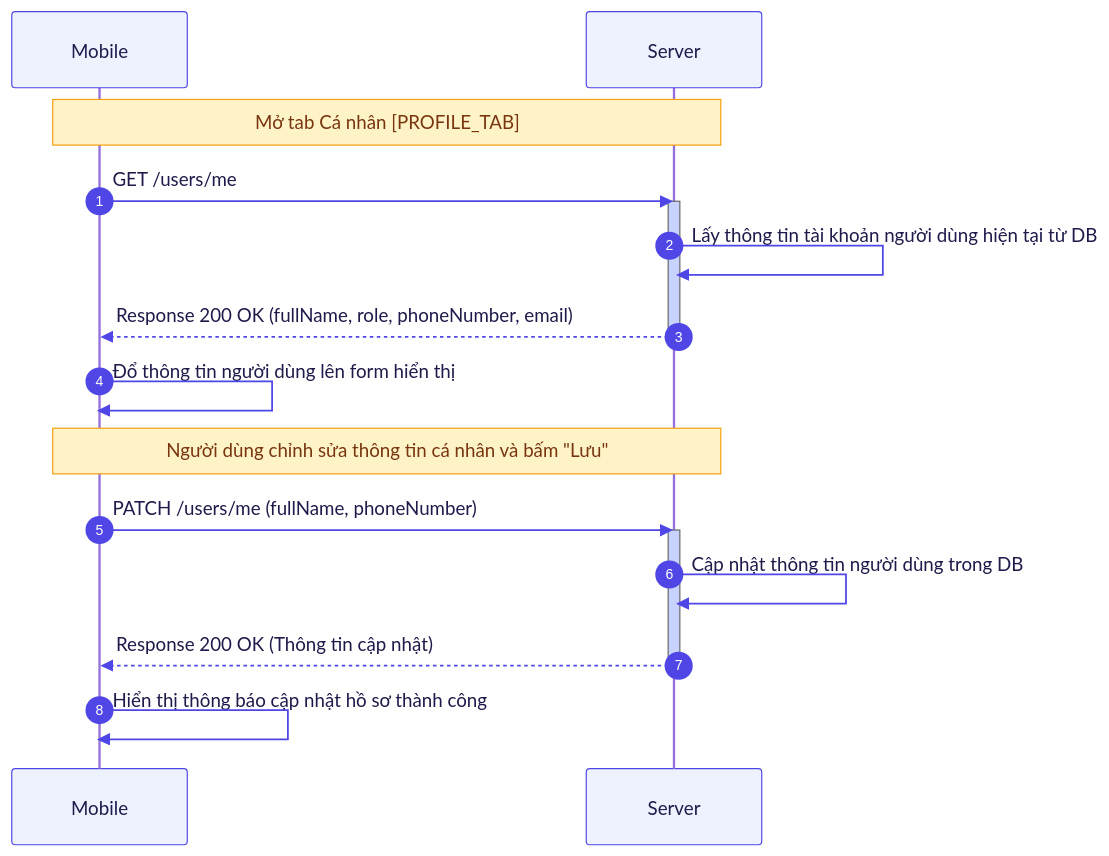
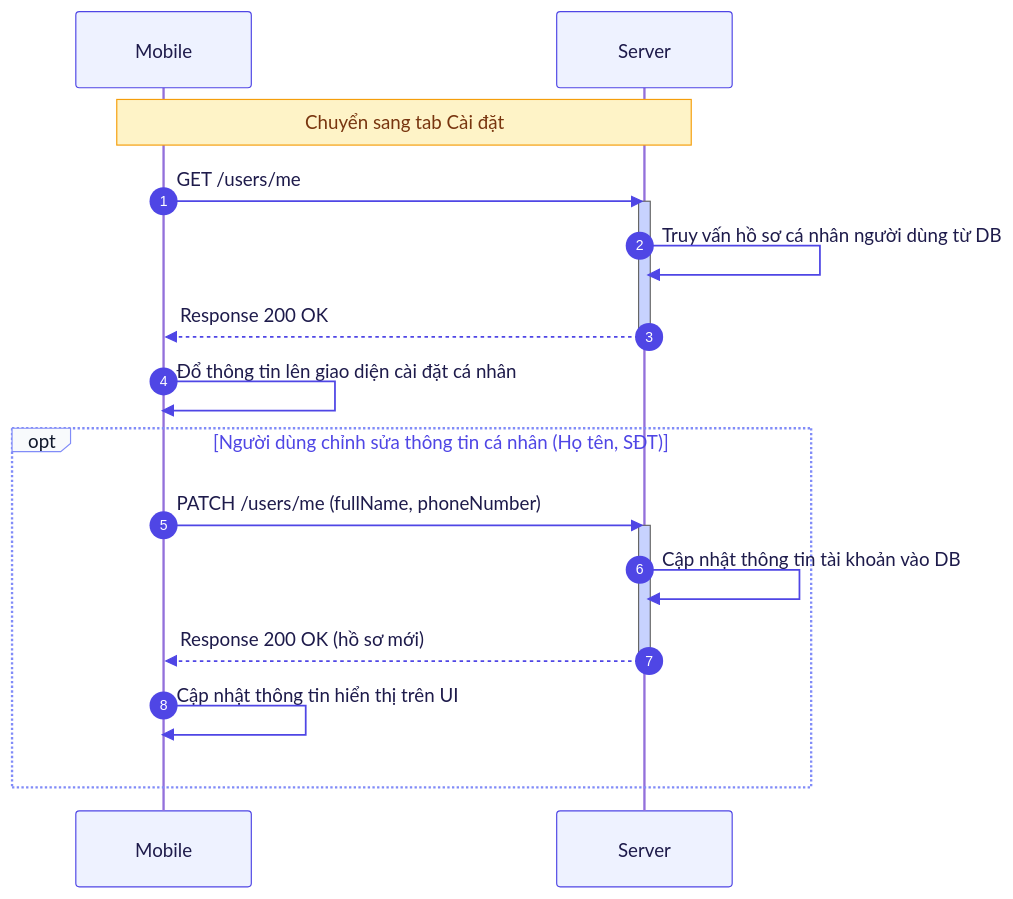
Before and after one commit to trungnguyenthien/Wildlife-Warning-and-Deterrence-System: the sixth of 12 diagrams in docs/on-tap-he-thong.md, drawn with Mermaid. The commit also changed other lines of this file, not shown here.

````diff
--- a/docs/on-tap-he-thong.md
+++ b/docs/on-tap-he-thong.md
@@ -340,52 +349,53 @@
 ```mermaid
 %%{init: {
   'theme': 'default',
   'sequence': {
     'rightAngles': true,
     'messageAlign': 'left',
     'messageMargin': 40,
     'actorMargin': 80
   },
   'themeVariables': {
     'primaryColor': '#EEF2FF',
     'primaryTextColor': '#1E1B4B',
     'primaryBorderColor': '#6366F1',
     'lineColor': '#4F46E5',
     'secondaryColor': '#F0FDFA',
     'actorBkg': '#EEF2FF',
     'actorBorder': '#4F46E5',
     'actorTextColor': '#1E1B4B',
     'signalColor': '#4F46E5',
     'signalTextColor': '#1E1B4B',
     'labelBoxBkgColor': '#F8FAFC',
     'labelBoxBorderColor': '#818CF8',
     'labelTextColor': '#0F172A',
     'loopTextColor': '#4F46E5',
     'noteBkgColor': '#FEF3C7',
     'noteTextColor': '#78350F',
     'noteBorderColor': '#F59E0B',
     'activationBkgColor': '#C7D2FE',
     'sequenceNumberColor': '#FFFFFF'
   }
 }}%%
 sequenceDiagram
     autonumber
     participant Mobile as Mobile
     participant Server as Server
 
-    Note over Mobile, Server: Mở tab Cá nhân [PROFILE_TAB]
+    Note over Mobile, Server: Chuyển sang tab Cài đặt
     Mobile->>Server: GET /users/me
     activate Server
-    Server->>Server: Lấy thông tin tài khoản người dùng hiện tại từ DB
-    Server-->>Mobile: Response 200 OK (fullName, role, phoneNumber, email)
+    Server->>Server: Truy vấn hồ sơ cá nhân người dùng từ DB
+    Server-->>Mobile: Response 200 OK
     deactivate Server
-    Mobile->>Mobile: Đổ thông tin người dùng lên form hiển thị
+    Mobile->>Mobile: Đổ thông tin lên giao diện cài đặt cá nhân
 
-    Note over Mobile, Server: Người dùng chỉnh sửa thông tin cá nhân và bấm "Lưu"
-    Mobile->>Server: PATCH /users/me (fullName, phoneNumber)
-    activate Server
-    Server->>Server: Cập nhật thông tin người dùng trong DB
-    Server-->>Mobile: Response 200 OK (Thông tin cập nhật)
-    deactivate Server
-    Mobile->>Mobile: Hiển thị thông báo cập nhật hồ sơ thành công
+    opt Người dùng chỉnh sửa thông tin cá nhân (Họ tên, SĐT)
+        Mobile->>Server: PATCH /users/me (fullName, phoneNumber)
+        activate Server
+        Server->>Server: Cập nhật thông tin tài khoản vào DB
+        Server-->>Mobile: Response 200 OK (hồ sơ mới)
+        deactivate Server
+        Mobile->>Mobile: Cập nhật thông tin hiển thị trên UI
+    end
 ```
````
